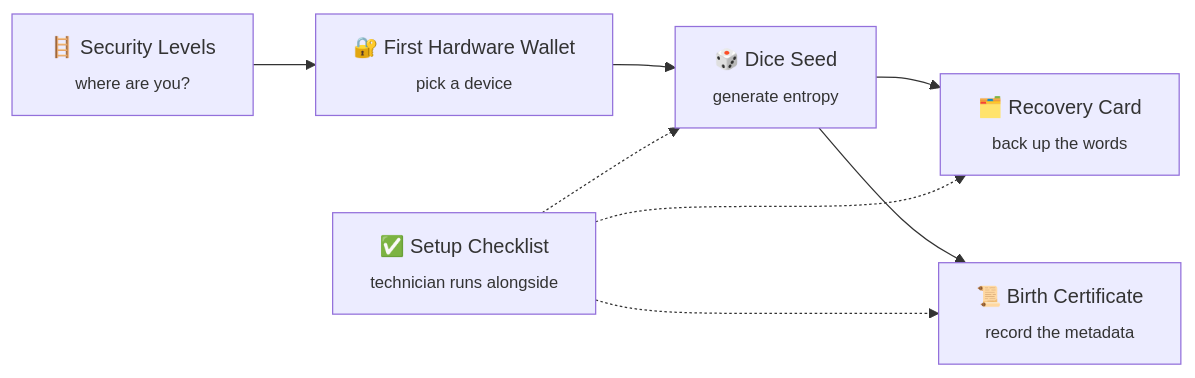
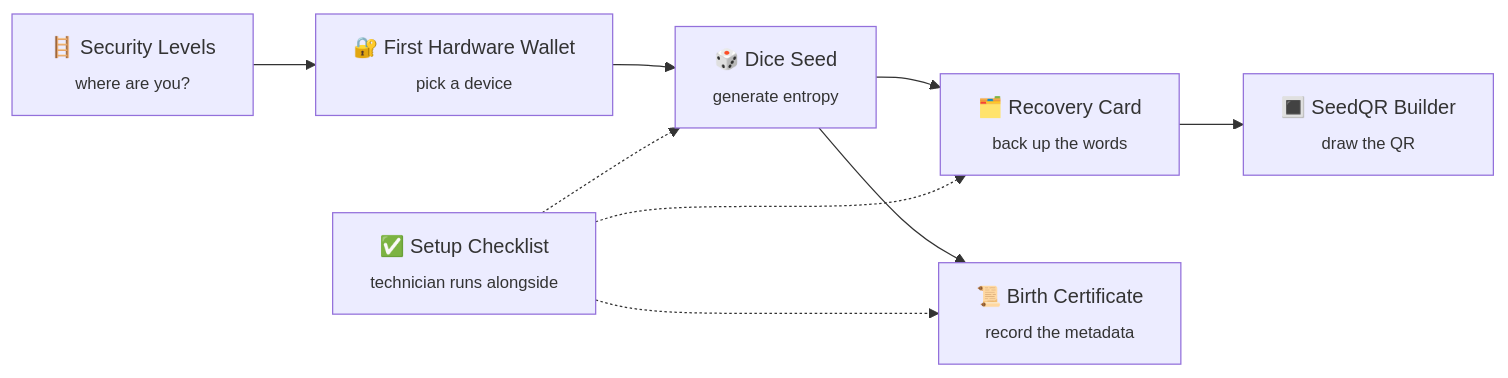
Before and after one commit to tbhsronny/The-Bitcoin-Hardware-Store: the diagram in README.md, drawn with Mermaid. The commit also changed other lines of this file and 1 other file, not shown here.

First line of the commit message:
Add SeedQR Builder page

````diff
--- a/README.md
+++ b/README.md
@@ -53,10 +54,11 @@
 ```mermaid
 flowchart LR
     A["🪜 Security Levels<br/><sub>where are you?</sub>"] --> B["🔐 First Hardware Wallet<br/><sub>pick a device</sub>"]
     B --> C["🎲 Dice Seed<br/><sub>generate entropy</sub>"]
     C --> D["🗂️ Recovery Card<br/><sub>back up the words</sub>"]
     C --> E["📜 Birth Certificate<br/><sub>record the metadata</sub>"]
+    D --> Q["🔳 SeedQR Builder<br/><sub>draw the QR</sub>"]
     T["✅ Setup Checklist<br/><sub>technician runs alongside</sub>"] -.-> C
     T -.-> D
     T -.-> E
 ```
````
